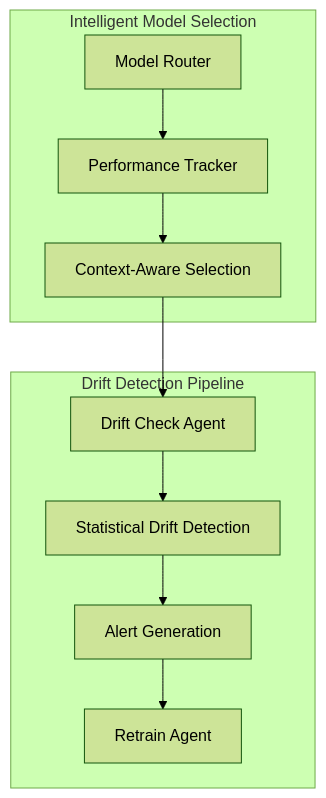
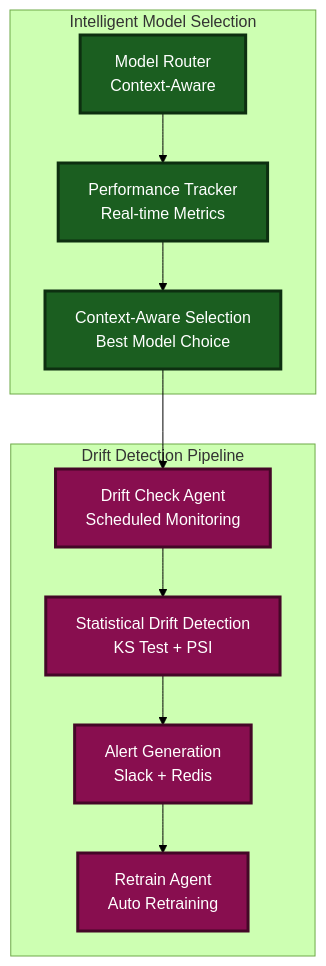
Diagram 17 of 25 in smart-maintenance-saas/docs/SYSTEM_AND_ARCHITECTURE.md (YanCotta/enterprise_challenge_sprint_1_hermes_reply), drawn with Mermaid (forest theme) before and after one commit. The commit also changed other lines of this file, not shown here.

Commit message:
Add comprehensive system diagrams with darker colors for better visibility

````diff
--- a/smart-maintenance-saas/docs/SYSTEM_AND_ARCHITECTURE.md
+++ b/smart-maintenance-saas/docs/SYSTEM_AND_ARCHITECTURE.md
@@ -470,22 +1079,28 @@
 ```mermaid
 graph TD
     subgraph "Drift Detection Pipeline"
-        DCA[Drift Check Agent]
-        DETECT[Statistical Drift Detection]
-        ALERT[Alert Generation]
-        RTR[Retrain Agent]
+        DCA[Drift Check Agent<br/>Scheduled Monitoring]
+        DETECT[Statistical Drift Detection<br/>KS Test + PSI]
+        ALERT[Alert Generation<br/>Slack + Redis]
+        RTR[Retrain Agent<br/>Auto Retraining]
     end
 
     subgraph "Intelligent Model Selection"
-        ROUTER[Model Router]
-        PERF[Performance Tracker]
-        SELECT[Context-Aware Selection]
+        ROUTER[Model Router<br/>Context-Aware]
+        PERF[Performance Tracker<br/>Real-time Metrics]
+        SELECT[Context-Aware Selection<br/>Best Model Choice]
     end
 
     DCA --> DETECT
     DETECT --> ALERT
     ALERT --> RTR
     ROUTER --> PERF
     PERF --> SELECT
     SELECT --> DCA
+
+    classDef detection fill:#880E4F,color:#ffffff,stroke:#440727,stroke-width:3px
+    classDef selection fill:#1B5E20,color:#ffffff,stroke:#0d2f10,stroke-width:3px
+
+    class DCA,DETECT,ALERT,RTR detection
+    class ROUTER,PERF,SELECT selection
 ```
````
